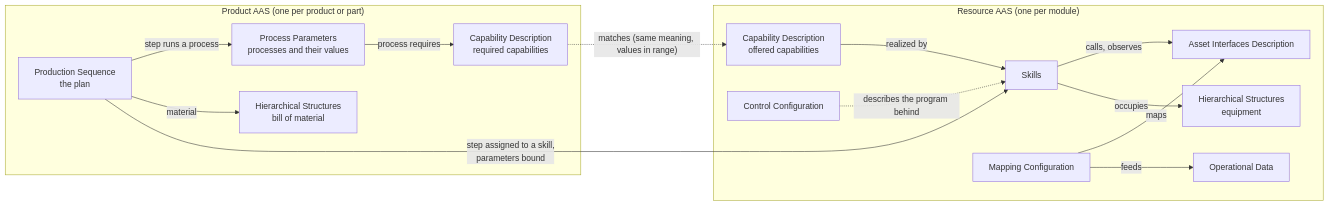
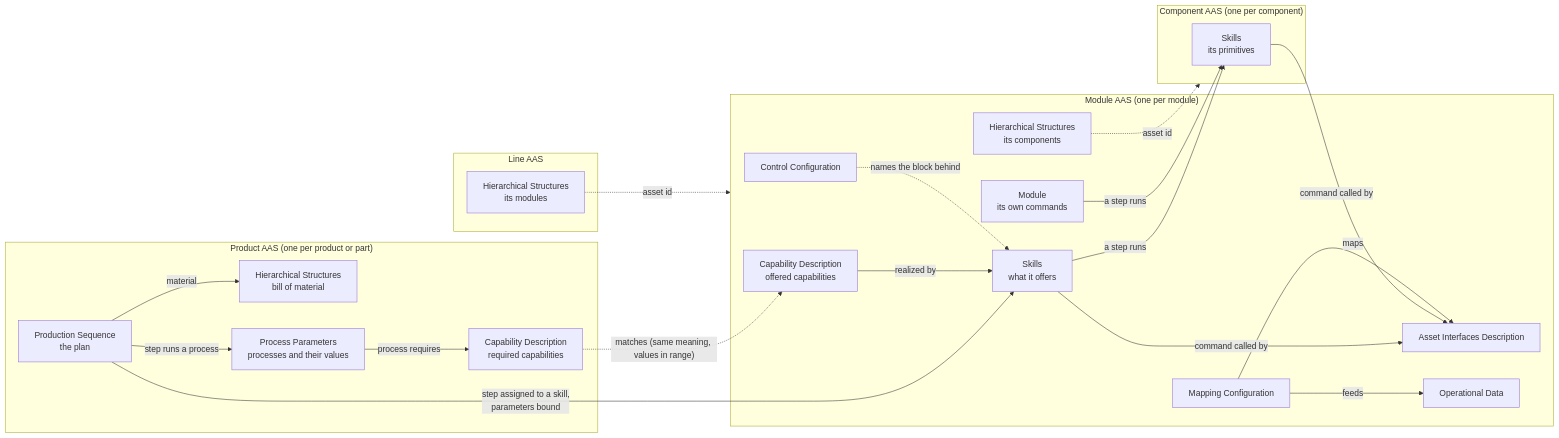
Before and after one commit to AAUSmartProductionLab/iec61499-mgmt-py: the diagram in docs/aas-models.md, drawn with Mermaid. The commit also changed other lines of this file and 5 other files, not shown here.

First line of the commit message:
Docs: the resource AASs as built with ARSO 0.7, with the line's bill of material

````diff
--- a/docs/aas-models.md
+++ b/docs/aas-models.md
@@ -23,29 +25,40 @@
 ```mermaid
 flowchart LR
   subgraph P["Product AAS (one per product or part)"]
     PB["Hierarchical Structures<br/>bill of material"]
     PP["Process Parameters<br/>processes and their values"]
     PC["Capability Description<br/>required capabilities"]
     PS["Production Sequence<br/>the plan"]
   end
-  subgraph R["Resource AAS (one per module)"]
+  subgraph R["Module AAS (one per module)"]
     RC["Capability Description<br/>offered capabilities"]
-    RS["Skills"]
+    RS["Skills<br/>what it offers"]
+    RX["Module<br/>its own commands"]
     RI["Asset Interfaces Description"]
     RM["Mapping Configuration"]
     RO["Operational Data"]
-    RH["Hierarchical Structures<br/>equipment"]
+    RH["Hierarchical Structures<br/>its components"]
     RK["Control Configuration"]
+  end
+  subgraph C["Component AAS (one per component)"]
+    CS["Skills<br/>its primitives"]
+  end
+  subgraph L["Line AAS"]
+    LH["Hierarchical Structures<br/>its modules"]
   end
   PP -- "process requires" --> PC
   PS -- "step runs a process" --> PP
   PS -- "material" --> PB
   PC -. "matches (same meaning, values in range)" .-> RC
   PS -- "step assigned to a skill,<br/>parameters bound" --> RS
   RC -- "realized by" --> RS
-  RS -- "calls, observes" --> RI
-  RS -- "occupies" --> RH
+  RS -- "a step runs" --> CS
+  RX -- "a step runs" --> CS
+  RS -- "command called by" --> RI
+  CS -- "command called by" --> RI
   RM -- "maps" --> RI
   RM -- "feeds" --> RO
-  RK -. "describes the program behind" .-> RS
+  RK -. "names the block behind" .-> RS
+  RH -. "asset id" .-> C
+  LH -. "asset id" .-> R
 ```
````
